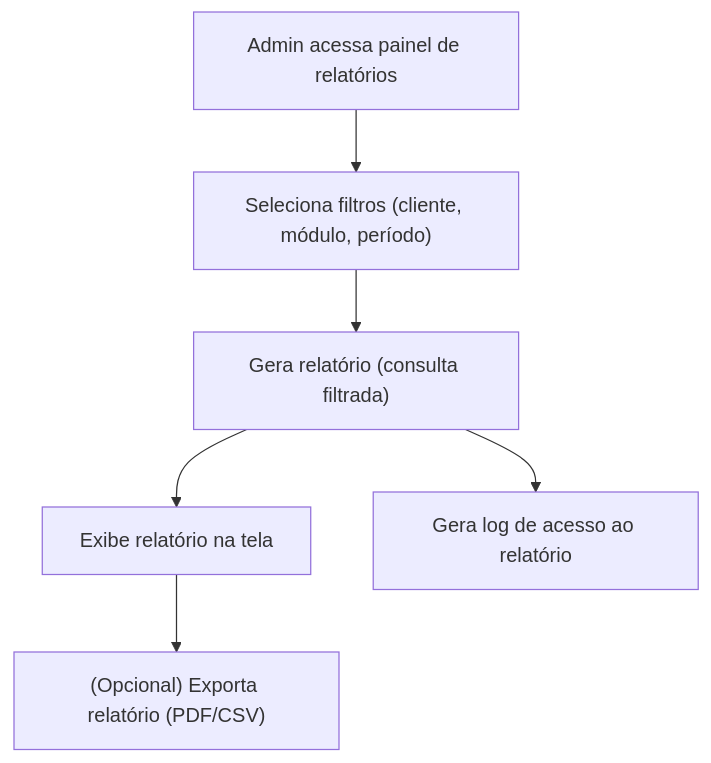
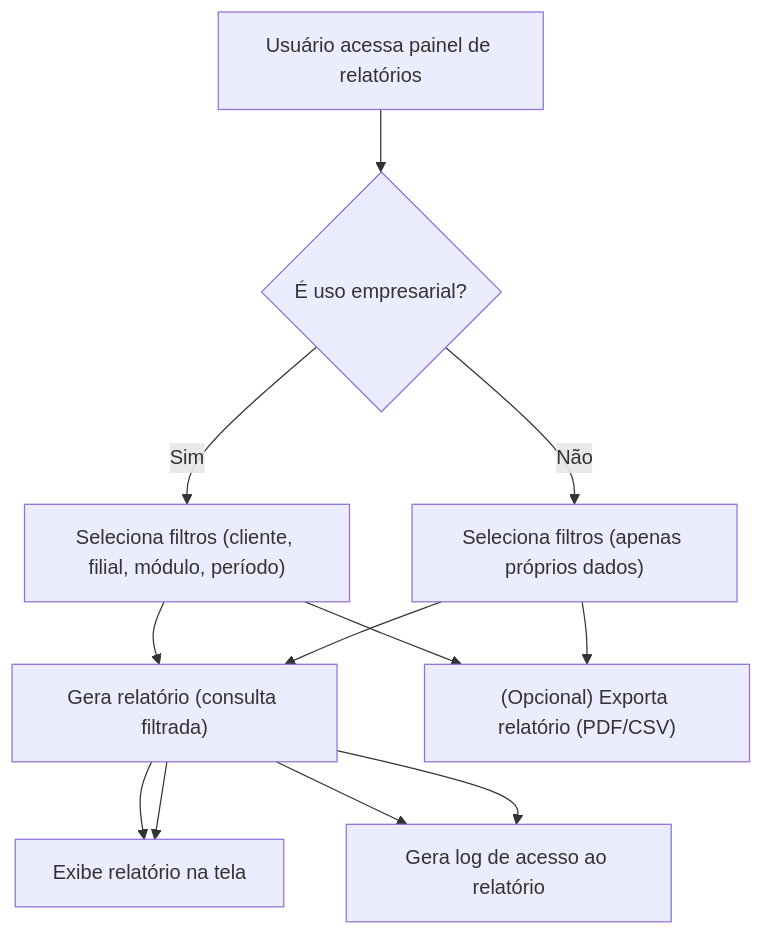
Before and after one commit to luizfilipeschaeffer/manager: the diagram in memory-bank/flow-relatorio.mmd, drawn with Mermaid. The commit also changed 3 other files, not shown here.

Commit message:
Atualiza fluxos de autenticação, cadastro de usuário, fornecedores e relatórios para incluir lógica de uso empresarial e ajustes nos dados do JWT. Melhora a estrutura dos fluxos com novos passos e validações.

```diff
--- a/memory-bank/flow-relatorio.mmd
+++ b/memory-bank/flow-relatorio.mmd
@@ -1,10 +1,16 @@
 flowchart TD
-    R1["Admin acessa painel de relatórios"]
-    R2["Seleciona filtros (cliente, módulo, período)"]
-    R3["Gera relatório (consulta filtrada)"]
-    R4["Exibe relatório na tela"]
-    R5["(Opcional) Exporta relatório (PDF/CSV)"]
-    R6["Gera log de acesso ao relatório"]
-    R1 --> R2 --> R3 --> R4
-    R4 --> R5
-    R3 --> R6 
+    R1["Usuário acessa painel de relatórios"]
+    R2{"É uso empresarial?"}
+    R3["Seleciona filtros (cliente, filial, módulo, período)"]
+    R4["Seleciona filtros (apenas próprios dados)"]
+    R5["Gera relatório (consulta filtrada)"]
+    R6["Exibe relatório na tela"]
+    R7["(Opcional) Exporta relatório (PDF/CSV)"]
+    R8["Gera log de acesso ao relatório"]
+    R1 --> R2
+    R2 -- Sim --> R3 --> R5 --> R6
+    R3 --> R7
+    R5 --> R8
+    R2 -- Não --> R4 --> R5 --> R6
+    R4 --> R7
+    R5 --> R8 
```
